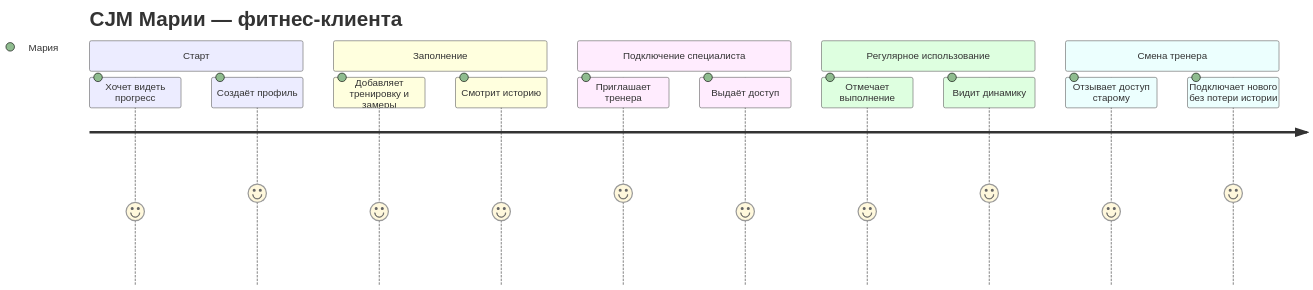
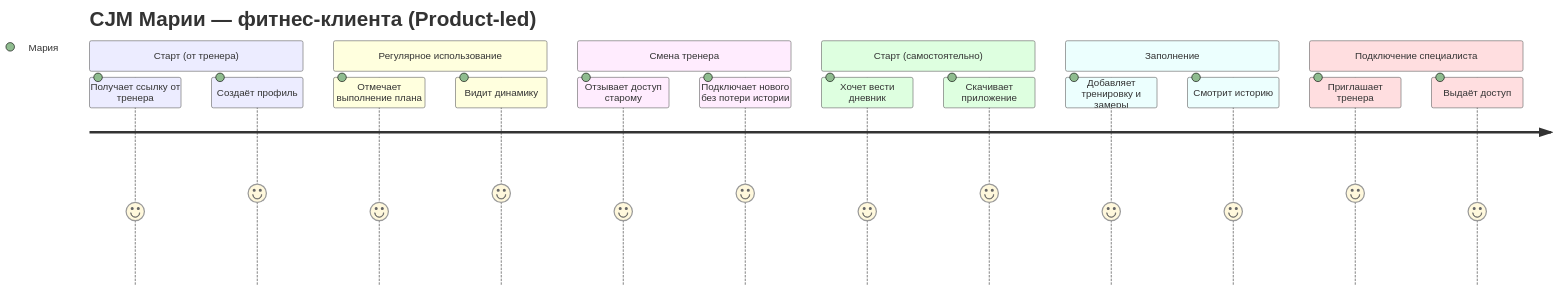
One commit to MartyanovAV/otuskotlin changed the second of 4 diagrams in docs/01-business/CJM.md. Above: the diagram before and after it, drawn with Mermaid. The commit also changed other lines of this file and 19 other files, not shown here.

````diff
--- a/docs/01-business/CJM.md
+++ b/docs/01-business/CJM.md
@@ -61,19 +42,24 @@
 ```mermaid
 journey
-    title CJM Марии — фитнес-клиента
-    section Старт
-      Хочет видеть прогресс: 4: Мария
+    title CJM Марии — фитнес-клиента (Trainer-led)
+    section Старт (от тренера)
+      Получает ссылку от тренера: 4: Мария
       Создаёт профиль: 5: Мария
+    section Регулярное использование
+      Отмечает выполнение плана: 4: Мария
+      Видит динамику: 5: Мария
+    section Смена тренера
+      Отзывает доступ старому: 4: Мария
+      Подключает нового без потери истории: 5: Мария
+
+    title CJM Марии — фитнес-клиента (Product-led)
+    section Старт (самостоятельно)
+      Хочет вести дневник: 4: Мария
+      Скачивает приложение: 5: Мария
     section Заполнение
       Добавляет тренировку и замеры: 4: Мария
       Смотрит историю: 4: Мария
     section Подключение специалиста
       Приглашает тренера: 5: Мария
       Выдаёт доступ: 4: Мария
-    section Регулярное использование
-      Отмечает выполнение: 4: Мария
-      Видит динамику: 5: Мария
-    section Смена тренера
-      Отзывает доступ старому: 4: Мария
-      Подключает нового без потери истории: 5: Мария
 ```
````
